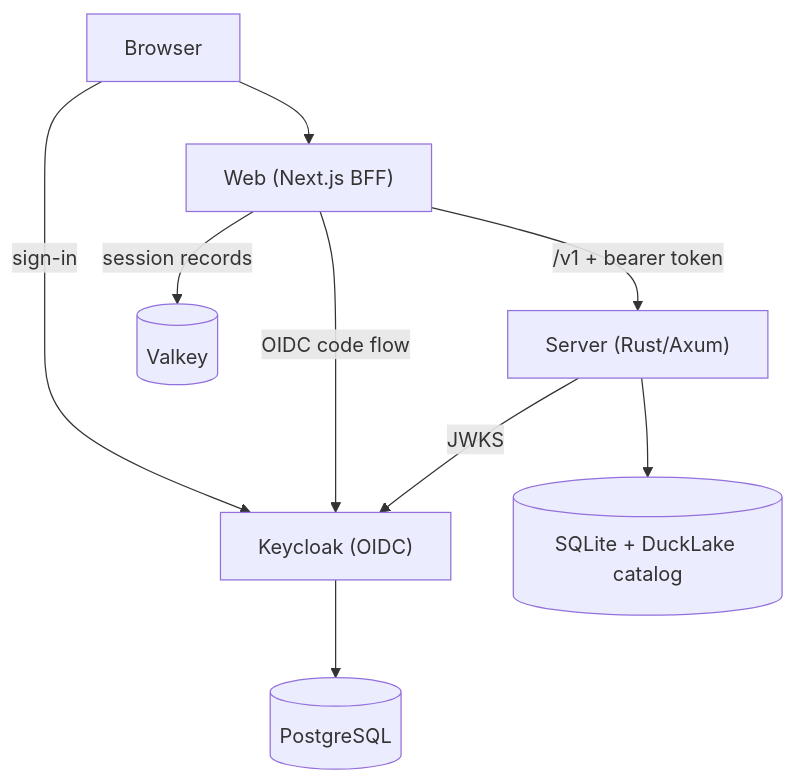
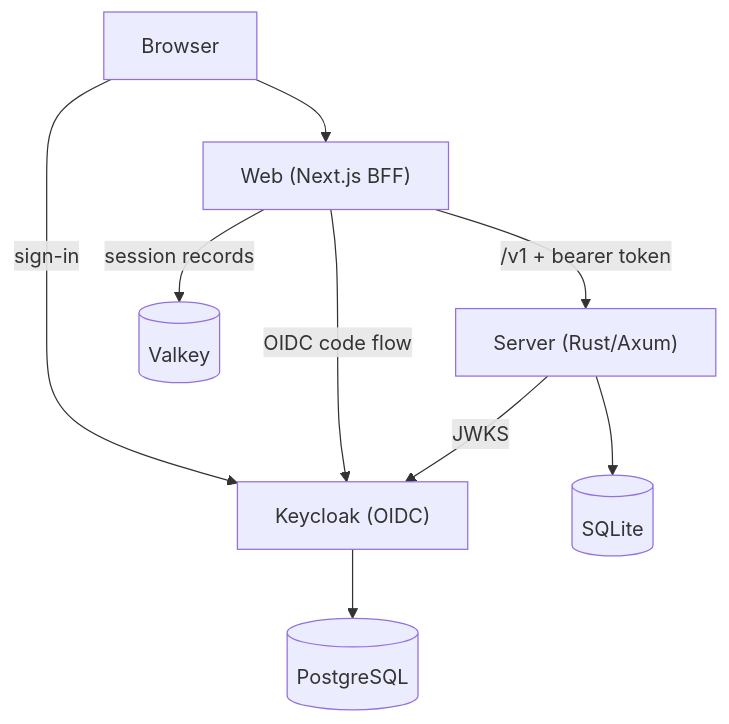
Before and after one commit to Kanzo-Tech/keasy: the diagram in README.md, drawn with Mermaid. The commit also changed 26 other files, not shown here.

First line of the commit message:
refactor!: the DuckLake catalog leaves the server; datasets come from jobs.relations

````diff
--- a/README.md
+++ b/README.md
@@ -63,11 +63,11 @@
 ```mermaid
 graph TD
     Browser --> Web["Web (Next.js BFF)"]
     Browser -->|"sign-in"| Keycloak["Keycloak (OIDC)"]
     Web -->|"/v1 + bearer token"| Server["Server (Rust/Axum)"]
     Web -->|"OIDC code flow"| Keycloak
     Web -->|"session records"| Valkey[("Valkey")]
     Server -->|"JWKS"| Keycloak
-    Server --> SQLite[("SQLite + DuckLake catalog")]
+    Server --> SQLite[("SQLite")]
     Keycloak --> PostgreSQL[("PostgreSQL")]
 ```
````
